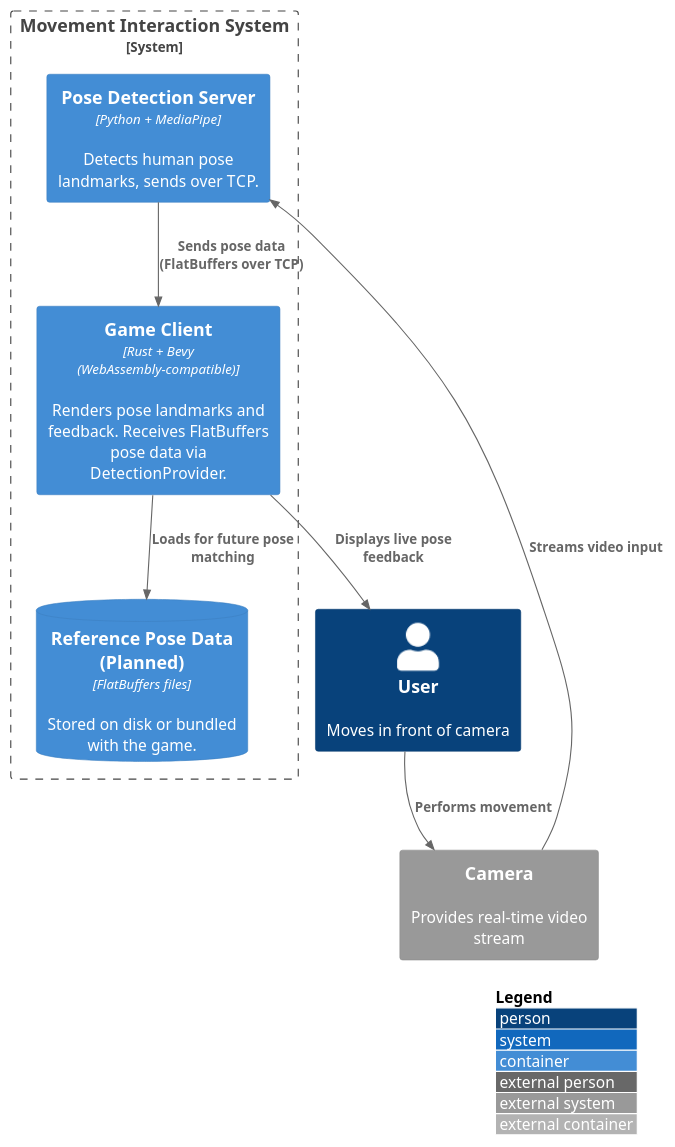
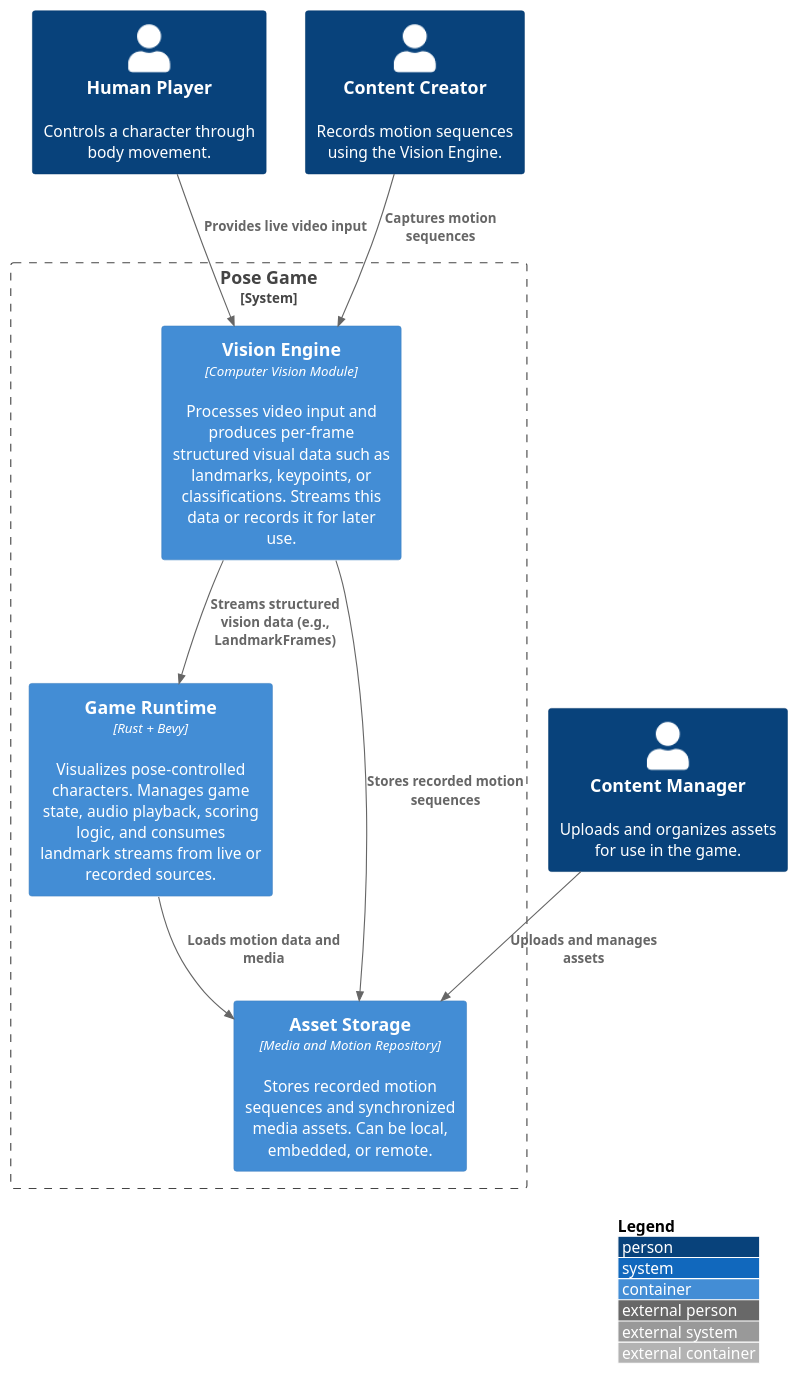
Before and after one commit to tobiaslocker/pose: the diagram in docs/arch/diagrams/c4-level-2-system-container.puml, drawn with PlantUML. The commit also changed 45 other files, not shown here.

```diff
--- a/docs/arch/diagrams/c4-level-2-system-container.puml
+++ b/docs/arch/diagrams/c4-level-2-system-container.puml
@@ -1,21 +1,18 @@
 @startuml
 !includeurl https://raw.githubusercontent.com/plantuml-stdlib/C4-PlantUML/master/C4_Container.puml
 LAYOUT_WITH_LEGEND()
-
-System_Boundary(system, "Movement Interaction System") {
-    Container(gameClient, "Game Client", "Rust + Bevy (WebAssembly-compatible)", "Renders pose landmarks and feedback. Receives FlatBuffers pose data via DetectionProvider.")
-    Container(poseServer, "Pose Detection Server", "Python + MediaPipe", "Detects human pose landmarks, sends over TCP.")
-    ContainerDb(referenceData, "Reference Pose Data (Planned)", "FlatBuffers files", "Stored on disk or bundled with the game.")
+System_Boundary(poseGame, "Pose Game") {
+  Container(gameRuntime, "Game Runtime", "Rust + Bevy", "Visualizes pose-controlled characters. Manages game state, audio playback, scoring logic, and consumes landmark streams from live or recorded sources.")
+  Container(visionEngine, "Vision Engine", "Computer Vision Module", "Processes video input and produces per-frame structured visual data such as landmarks, keypoints, or classifications. Streams this data or records it for later use.")
+  Container(assetStorage, "Asset Storage", "Media and Motion Repository", "Stores recorded motion sequences and synchronized media assets. Can be local, embedded, or remote.")
 }
-
-Person(user, "User", "Moves in front of camera")
-
-System_Ext(camera, "Camera", "Provides real-time video stream")
-
-Rel(user, camera, "Performs movement")
-Rel(camera, poseServer, "Streams video input")
-Rel(poseServer, gameClient, "Sends pose data (FlatBuffers over TCP)")
-Rel(gameClient, referenceData, "Loads for future pose matching")
-Rel(gameClient, user, "Displays live pose feedback")
-
+Person(player, "Human Player", "Controls a character through body movement.")
+Person(creator, "Content Creator", "Records motion sequences using the Vision Engine.")
+Person(manager, "Content Manager", "Uploads and organizes assets for use in the game.")
+Rel(player, visionEngine, "Provides live video input")
+Rel(visionEngine, gameRuntime, "Streams structured vision data (e.g., LandmarkFrames)")
+Rel(gameRuntime, assetStorage, "Loads motion data and media")
+Rel(visionEngine, assetStorage, "Stores recorded motion sequences")
+Rel(creator, visionEngine, "Captures motion sequences")
+Rel(manager, assetStorage, "Uploads and manages assets")
 @enduml
```
